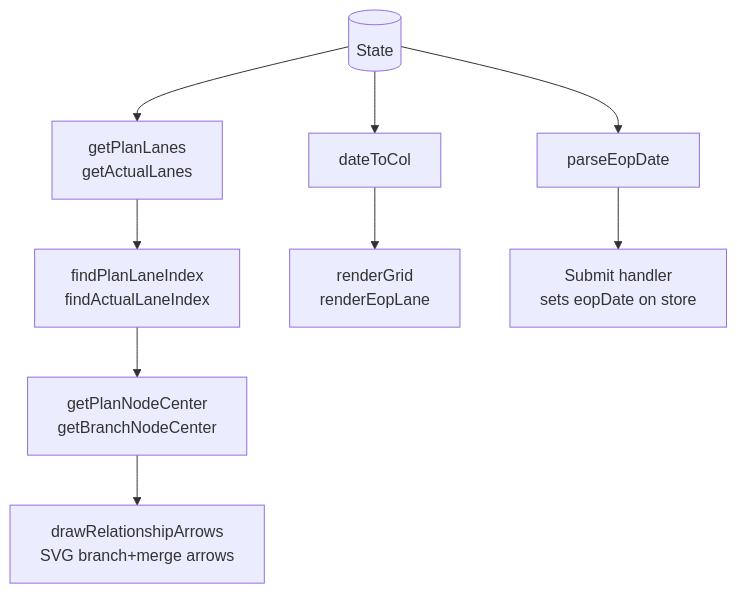
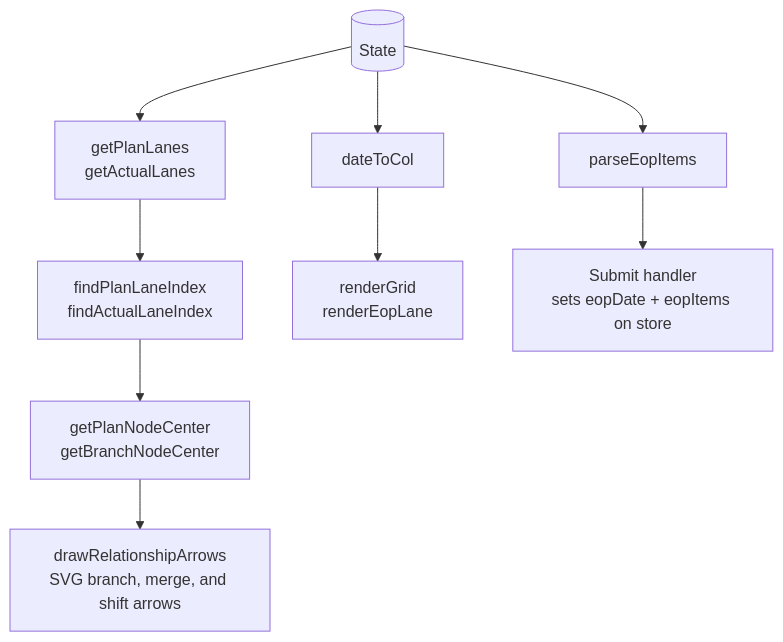
Before and after one commit to Mukul-Singhal/Project-Tracker: the third of 3 diagrams in README.md, drawn with Mermaid. The commit also changed other lines of this file and 5 other files, not shown here.

````diff
--- a/README.md
+++ b/README.md
@@ -122,13 +122,13 @@
 ```mermaid
 flowchart TD
     STATE[(State)] --> GL[getPlanLanes\ngetActualLanes]
     GL --> LI[findPlanLaneIndex\nfindActualLaneIndex]
     LI --> PC[getPlanNodeCenter\ngetBranchNodeCenter]
-    PC --> RA[drawRelationshipArrows\nSVG branch+merge arrows]
+    PC --> RA[drawRelationshipArrows\nSVG branch, merge, and shift arrows]
 
     STATE --> DTC[dateToCol]
     DTC --> RG[renderGrid\nrenderEopLane]
 
-    STATE --> PEL[parseEopDate]
-    PEL --> SUB[Submit handler\nsets eopDate on store]
+    STATE --> PEL[parseEopItems]
+    PEL --> SUB[Submit handler\nsets eopDate + eopItems on store]
 ```
````
